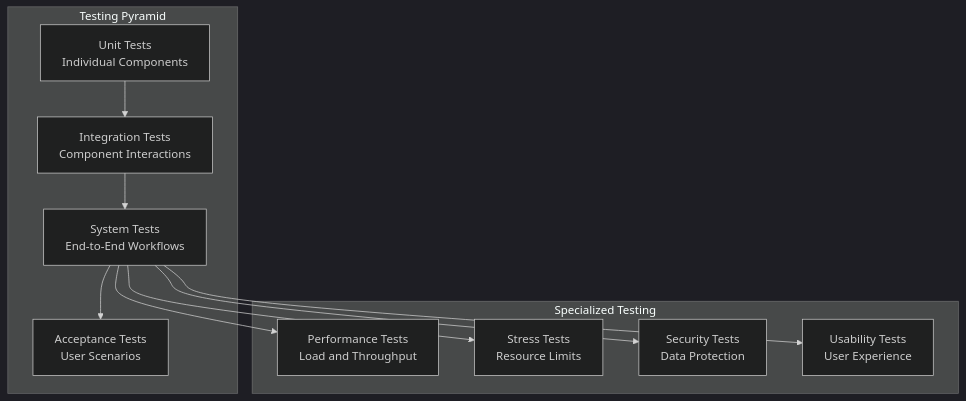
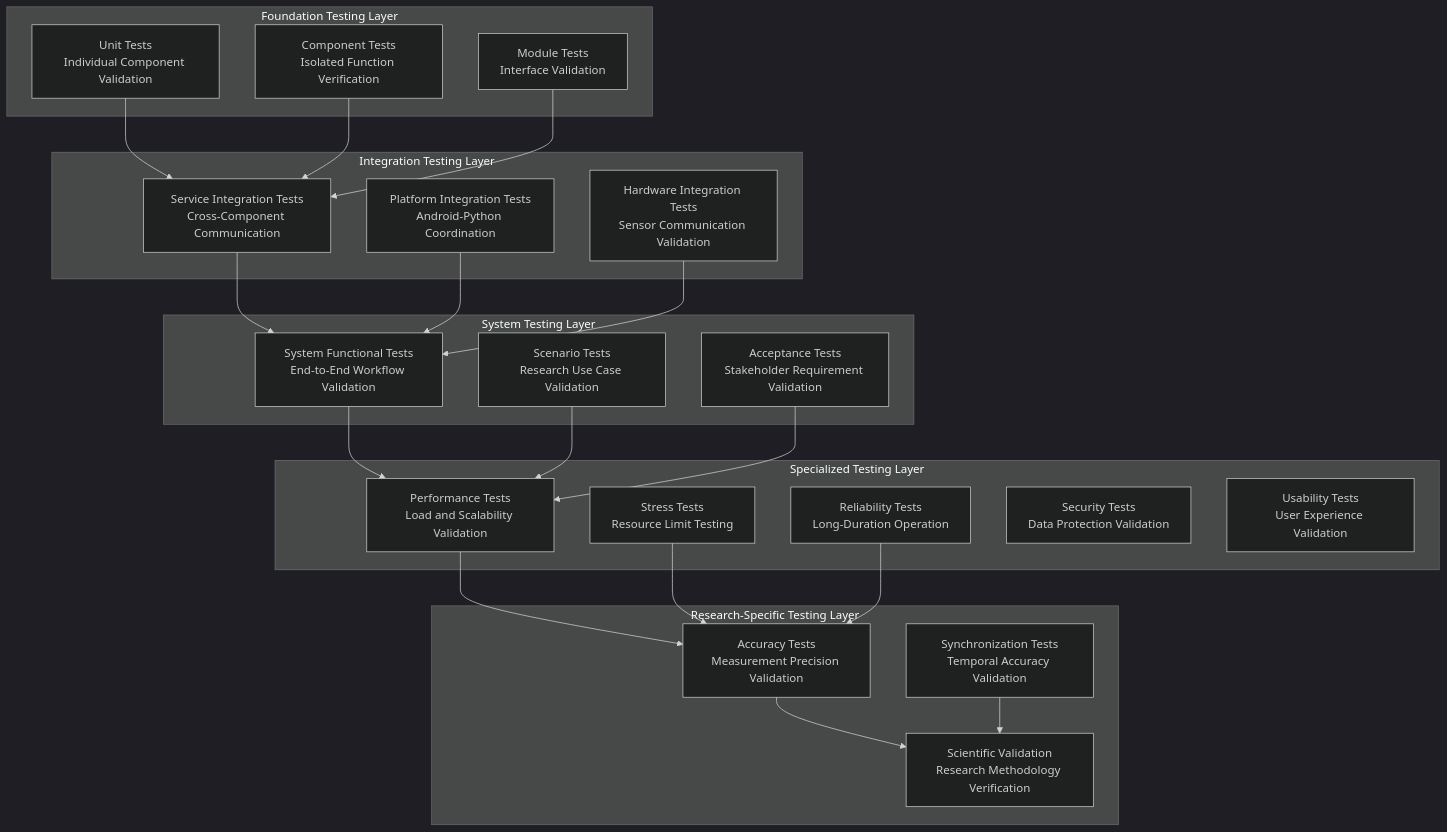
The first of 2 diagrams in docs/thesis_report/Chapter_5_Testing_and_Results_Evaluation.md (buccancs/fyp-multi-sensor-recording-system), drawn with Mermaid (dark theme) before and after one commit. The commit also changed other lines of this file and 2 other files, not shown here.

````diff
--- a/docs/thesis_report/Chapter_5_Testing_and_Results_Evaluation.md
+++ b/docs/thesis_report/Chapter_5_Testing_and_Results_Evaluation.md
@@ -34,25 +46,53 @@
 ```mermaid
 graph TD
-    subgraph "Testing Pyramid"
-        UNIT[Unit Tests<br/>Individual Components]
-        INTEGRATION[Integration Tests<br/>Component Interactions]
-        SYSTEM[System Tests<br/>End-to-End Workflows]
-        ACCEPTANCE[Acceptance Tests<br/>User Scenarios]
+    subgraph "Foundation Testing Layer"
+        UNIT[Unit Tests<br/>Individual Component Validation]
+        COMPONENT[Component Tests<br/>Isolated Function Verification]
+        MODULE[Module Tests<br/>Interface Validation]
     end
     
-    subgraph "Specialized Testing"
-        PERF[Performance Tests<br/>Load and Throughput]
-        STRESS[Stress Tests<br/>Resource Limits]
-        SECURITY[Security Tests<br/>Data Protection]
-        USABILITY[Usability Tests<br/>User Experience]
+    subgraph "Integration Testing Layer"
+        SERVICE[Service Integration Tests<br/>Cross-Component Communication]
+        PLATFORM[Platform Integration Tests<br/>Android-Python Coordination]
+        HARDWARE[Hardware Integration Tests<br/>Sensor Communication Validation]
     end
     
-    UNIT --> INTEGRATION
-    INTEGRATION --> SYSTEM
-    SYSTEM --> ACCEPTANCE
+    subgraph "System Testing Layer"
+        FUNCTIONAL[System Functional Tests<br/>End-to-End Workflow Validation]
+        SCENARIO[Scenario Tests<br/>Research Use Case Validation]
+        ACCEPTANCE[Acceptance Tests<br/>Stakeholder Requirement Validation]
+    end
     
-    SYSTEM --> PERF
-    SYSTEM --> STRESS
-    SYSTEM --> SECURITY
-    SYSTEM --> USABILITY
+    subgraph "Specialized Testing Layer"
+        PERFORMANCE[Performance Tests<br/>Load and Scalability Validation]
+        STRESS[Stress Tests<br/>Resource Limit Testing]
+        RELIABILITY[Reliability Tests<br/>Long-Duration Operation]
+        SECURITY[Security Tests<br/>Data Protection Validation]
+        USABILITY[Usability Tests<br/>User Experience Validation]
+    end
+    
+    subgraph "Research-Specific Testing Layer"
+        ACCURACY[Accuracy Tests<br/>Measurement Precision Validation]
+        SYNCHRONIZATION[Synchronization Tests<br/>Temporal Accuracy Validation]
+        SCIENTIFIC[Scientific Validation<br/>Research Methodology Verification]
+    end
+    
+    UNIT --> SERVICE
+    COMPONENT --> SERVICE
+    MODULE --> SERVICE
+    
+    SERVICE --> FUNCTIONAL
+    PLATFORM --> FUNCTIONAL
+    HARDWARE --> FUNCTIONAL
+    
+    FUNCTIONAL --> PERFORMANCE
+    SCENARIO --> PERFORMANCE
+    ACCEPTANCE --> PERFORMANCE
+    
+    PERFORMANCE --> ACCURACY
+    STRESS --> ACCURACY
+    RELIABILITY --> ACCURACY
+    
+    ACCURACY --> SCIENTIFIC
+    SYNCHRONIZATION --> SCIENTIFIC
 ```
````
